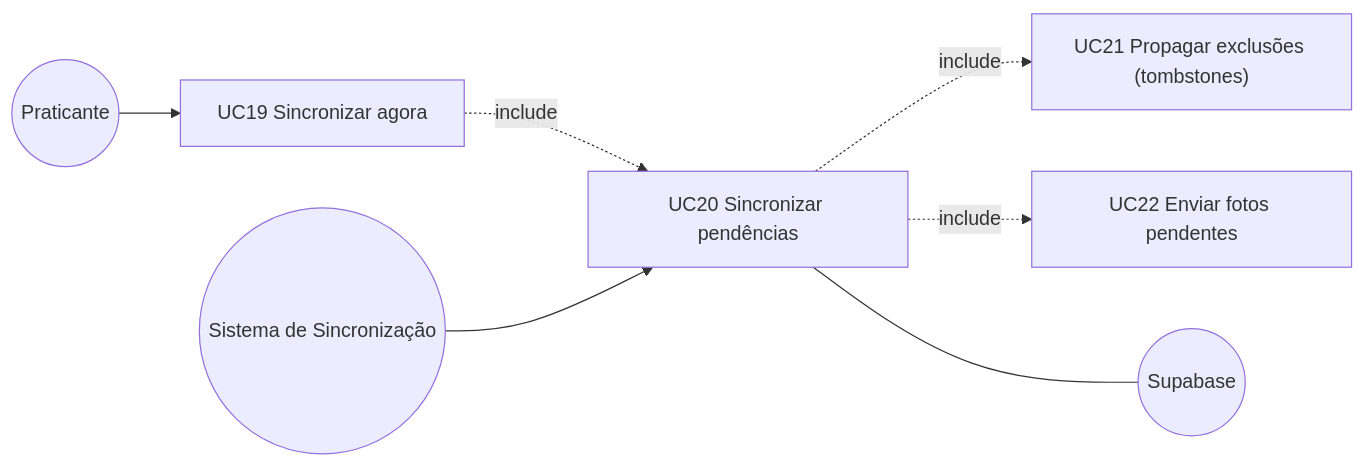
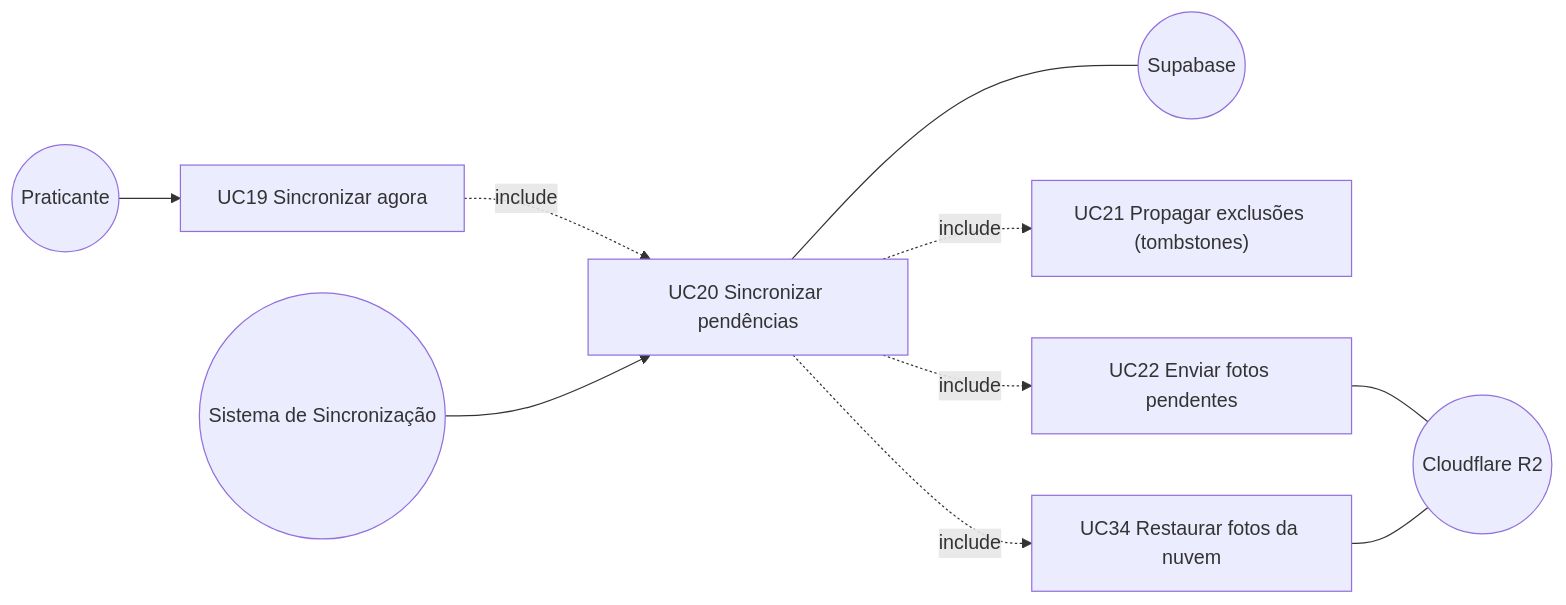
Before and after one commit to Pexiss-18/PX-Gym: the fourth of 5 diagrams in docs/02-casos-de-uso.md, drawn with Mermaid. The commit also changed other lines of this file and 20 other files, not shown here.

````diff
--- a/docs/02-casos-de-uso.md
+++ b/docs/02-casos-de-uso.md
@@ -77,13 +111,17 @@
 ```mermaid
 flowchart LR
     Praticante((Praticante))
     Sync((Sistema de Sincronização))
     Supabase((Supabase))
+    R2((Cloudflare R2))
 
     Praticante --> UC19["UC19 Sincronizar agora"]
     UC19 -. include .-> UC20
     Sync --> UC20["UC20 Sincronizar pendências"]
     UC20 -. include .-> UC21["UC21 Propagar exclusões (tombstones)"]
     UC20 -. include .-> UC22["UC22 Enviar fotos pendentes"]
+    UC20 -. include .-> UC34["UC34 Restaurar fotos da nuvem"]
     UC20 --- Supabase
+    UC22 --- R2
+    UC34 --- R2
 ```
````
